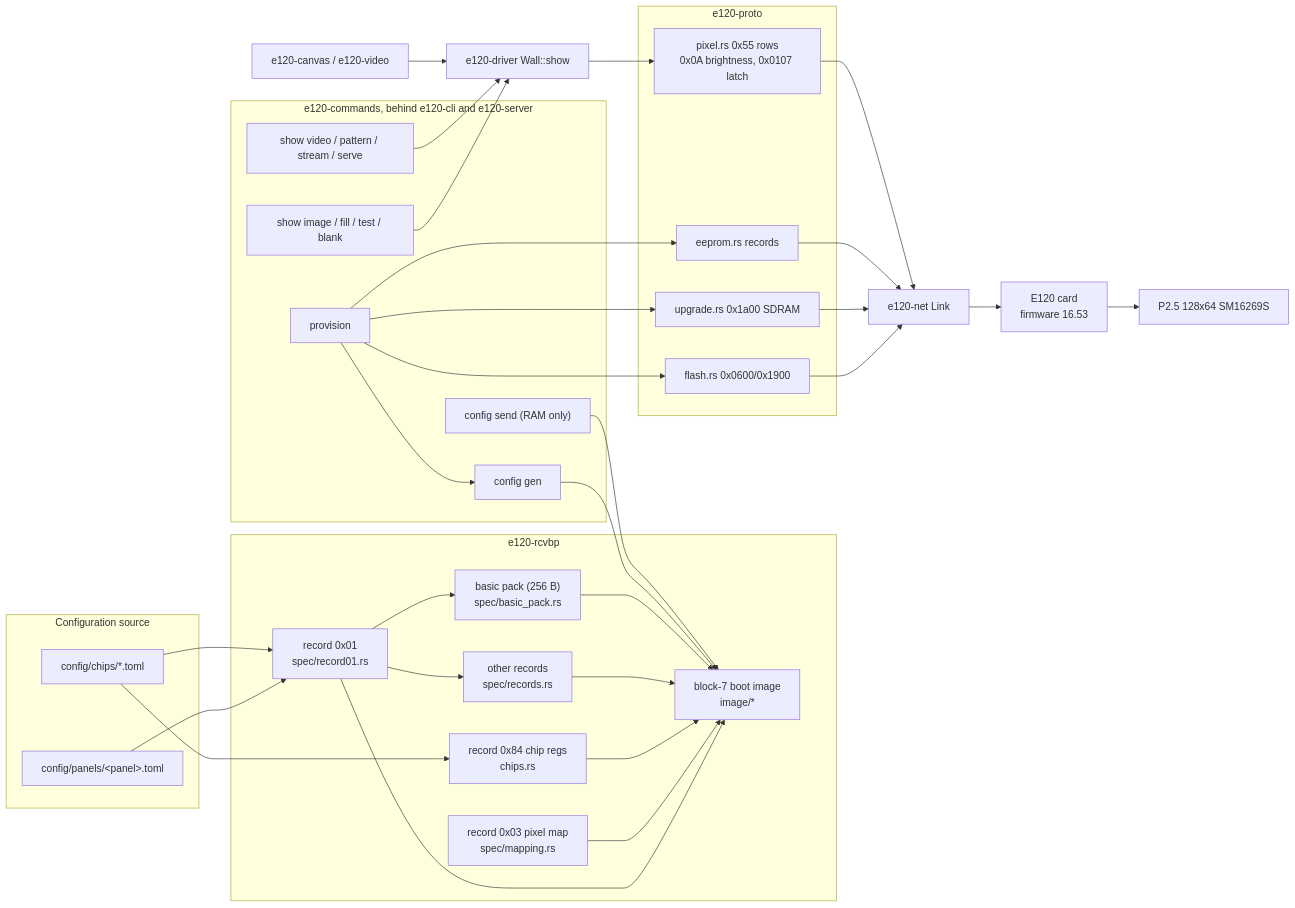
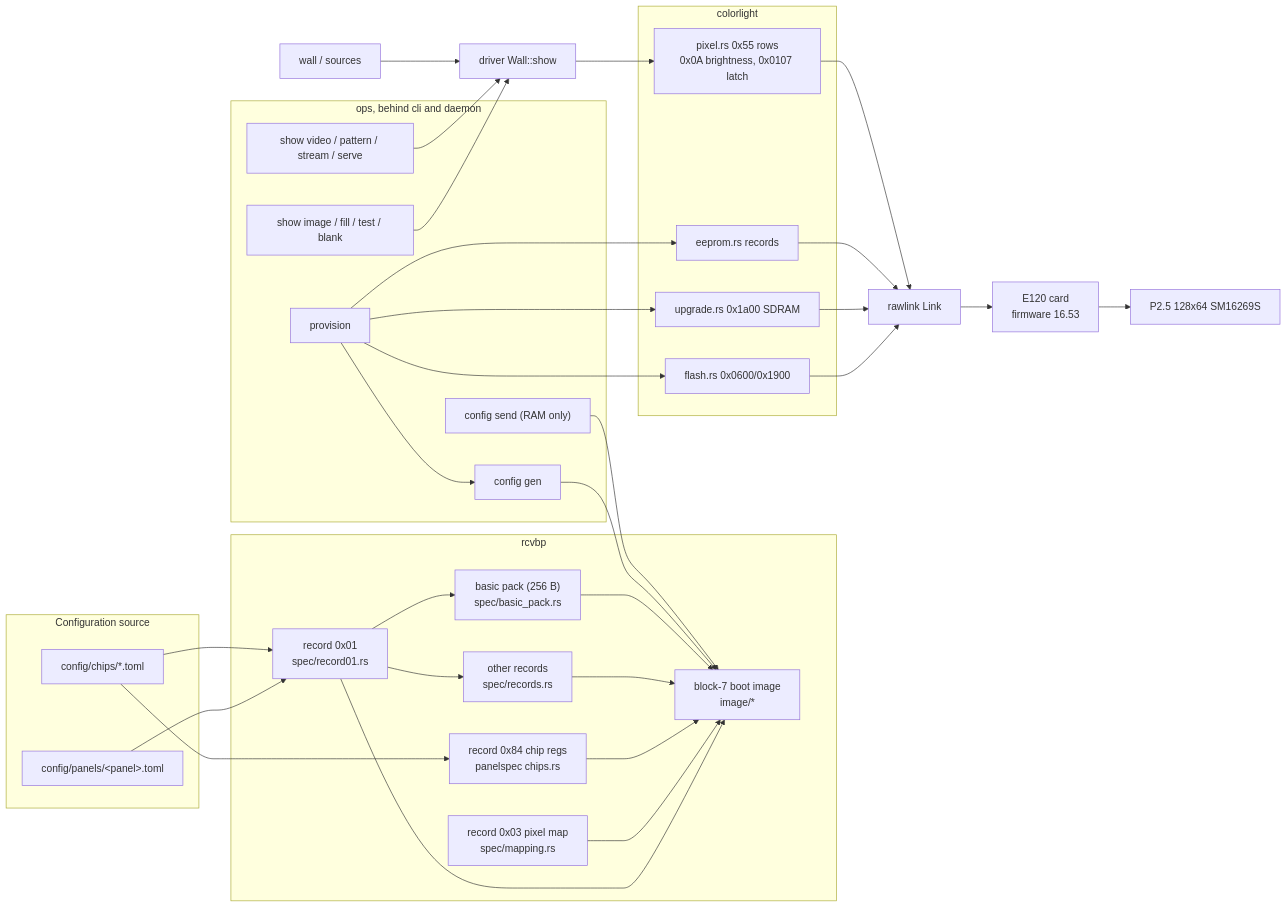
The diagram in docs/architecture.md (AlecDusheck/receiverproxy), drawn with Mermaid before and after one commit. The commit also changed other lines of this file and 174 other files, not shown here.

````diff
--- a/docs/architecture.md
+++ b/docs/architecture.md
@@ -21,49 +21,49 @@
 ```mermaid
 flowchart LR
   subgraph spec [Configuration source]
     TOML["config/panels/&lt;panel&gt;.toml"]
     CHIP["config/chips/*.toml"]
   end
-  subgraph rcvbp [e120-rcvbp]
+  subgraph rcvbp [rcvbp]
     R01["record 0x01<br/>spec/record01.rs"]
     MAP["record 0x03 pixel map<br/>spec/mapping.rs"]
-    R84["record 0x84 chip regs<br/>chips.rs"]
+    R84["record 0x84 chip regs<br/>panelspec chips.rs"]
     REC["other records<br/>spec/records.rs"]
     PACK["basic pack (256 B)<br/>spec/basic_pack.rs"]
     IMG["block-7 boot image<br/>image/*"]
   end
-  subgraph cli [e120-commands, behind e120-cli and e120-server]
+  subgraph cli [ops, behind cli and daemon]
     GEN["config gen"]
     PROV["provision"]
     SP["config send (RAM only)"]
     IMAGE["show image / fill / test / blank"]
     PLAY["show video / pattern / stream / serve"]
   end
-  subgraph proto [e120-proto]
+  subgraph proto [colorlight]
     FL["flash.rs 0x0600/0x1900"]
     UP["upgrade.rs 0x1a00 SDRAM"]
     EE["eeprom.rs records"]
     PX["pixel.rs 0x55 rows<br/>0x0A brightness, 0x0107 latch"]
   end
-  DRV["e120-driver Wall::show"]
-  CANVAS["e120-canvas / e120-video"]
-  NET["e120-net Link"]
+  DRV["driver Wall::show"]
+  CANVAS["wall / sources"]
+  NET["rawlink Link"]
   CARD["E120 card<br/>firmware 16.53"]
   PANEL["P2.5 128x64 SM16269S"]
 
   TOML --> R01
   CHIP --> R01
   CHIP --> R84
   R01 --> PACK
   R01 --> REC
   R01 & MAP & R84 & REC --> IMG
   PACK --> IMG
   GEN --> IMG
   PROV --> GEN
   PROV --> UP & FL & EE
   SP --> IMG
   IMAGE --> DRV
   CANVAS --> DRV --> PX
   PLAY --> DRV
   FL & UP & EE & PX --> NET --> CARD --> PANEL
 ```
````
